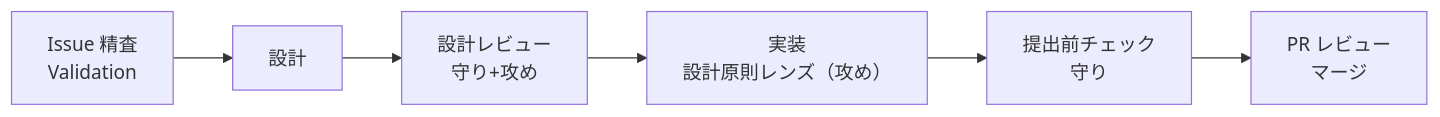
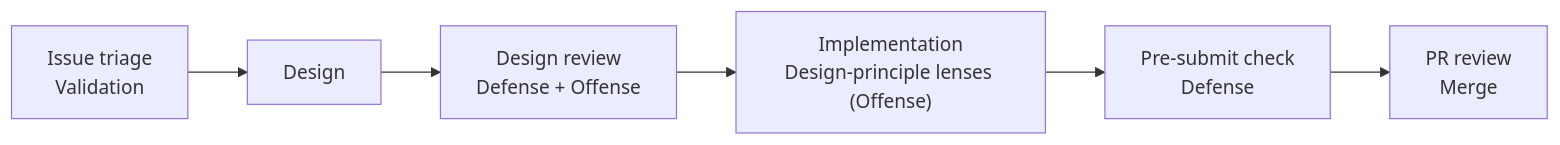
One commit to ka2kama/ringiflow changed the third of 4 diagrams in README.md. Above: the diagram before and after it, drawn with Mermaid. The commit also changed other lines of this file and 2 other files, not shown here.

````diff
--- a/README.md
+++ b/README.md
@@ -130,7 +131,7 @@
 ```mermaid
 flowchart LR
-    A["Issue 精査<br/>Validation"] --> B["設計"] --> C["設計レビュー<br/>守り+攻め"]
-    C --> D["実装<br/>設計原則レンズ（攻め）"]
-    D --> E["提出前チェック<br/>守り"]
-    E --> F["PR レビュー<br/>マージ"]
+    A["Issue triage<br/>Validation"] --> B["Design"] --> C["Design review<br/>Defense + Offense"]
+    C --> D["Implementation<br/>Design-principle lenses (Offense)"]
+    D --> E["Pre-submit check<br/>Defense"]
+    E --> F["PR review<br/>Merge"]
 ```
````
